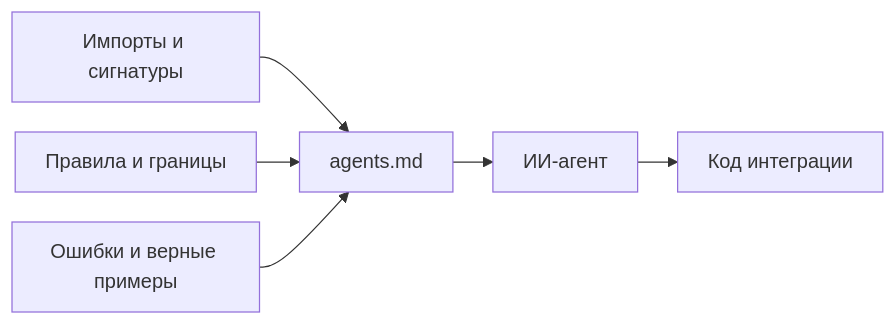
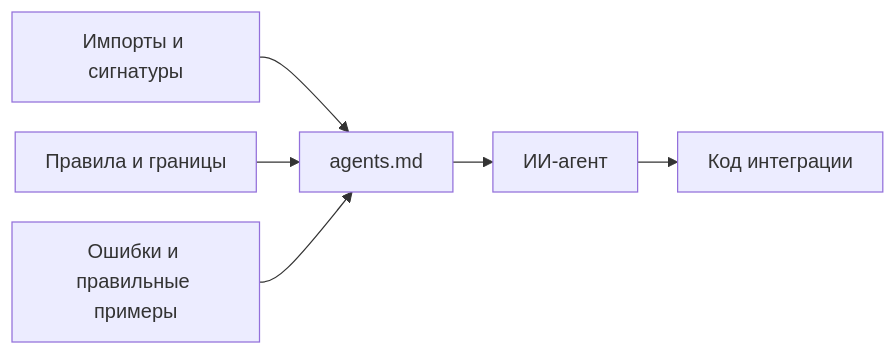
One commit to bedrock-python/bedrock-python.github.io changed the diagram in translations/ru/blog/posts/2026-09-07-documentation-for-ai-coding-agents.md. Above: the diagram before and after it, drawn with Mermaid. The commit also changed other lines of this file and 24 other files, not shown here.

````diff
--- a/translations/ru/blog/posts/2026-09-07-documentation-for-ai-coding-agents.md
+++ b/translations/ru/blog/posts/2026-09-07-documentation-for-ai-coding-agents.md
@@ -57,20 +57,20 @@
 ```mermaid
 ---
 config:
   theme: default
   look: classic
   flowchart:
     useMaxWidth: false
     wrappingWidth: 150
     padding: 12
     nodeSpacing: 24
     rankSpacing: 32
 ---
 flowchart LR
-    accTitle: Передайте агенту полный контракт
-    accDescr: Одна страница для агента объединяет импорты, сигнатуры, инварианты и примеры. Так меньше пробелов, которые модель иначе заполнила бы догадками.
+    accTitle: Соберите правила API на одной странице
+    accDescr: На одной странице собраны импорты, сигнатуры, обязательные правила и примеры. Модели остаётся меньше пробелов, которые пришлось бы заполнять догадками.
  A["Импорты и сигнатуры"] --> D["agents.md"]
  R["Правила и границы"] --> D
- E["Ошибки и верные примеры"] --> D
+ E["Ошибки и правильные примеры"] --> D
  D --> M["ИИ-агент"] --> C["Код интеграции"]
 ```
````
